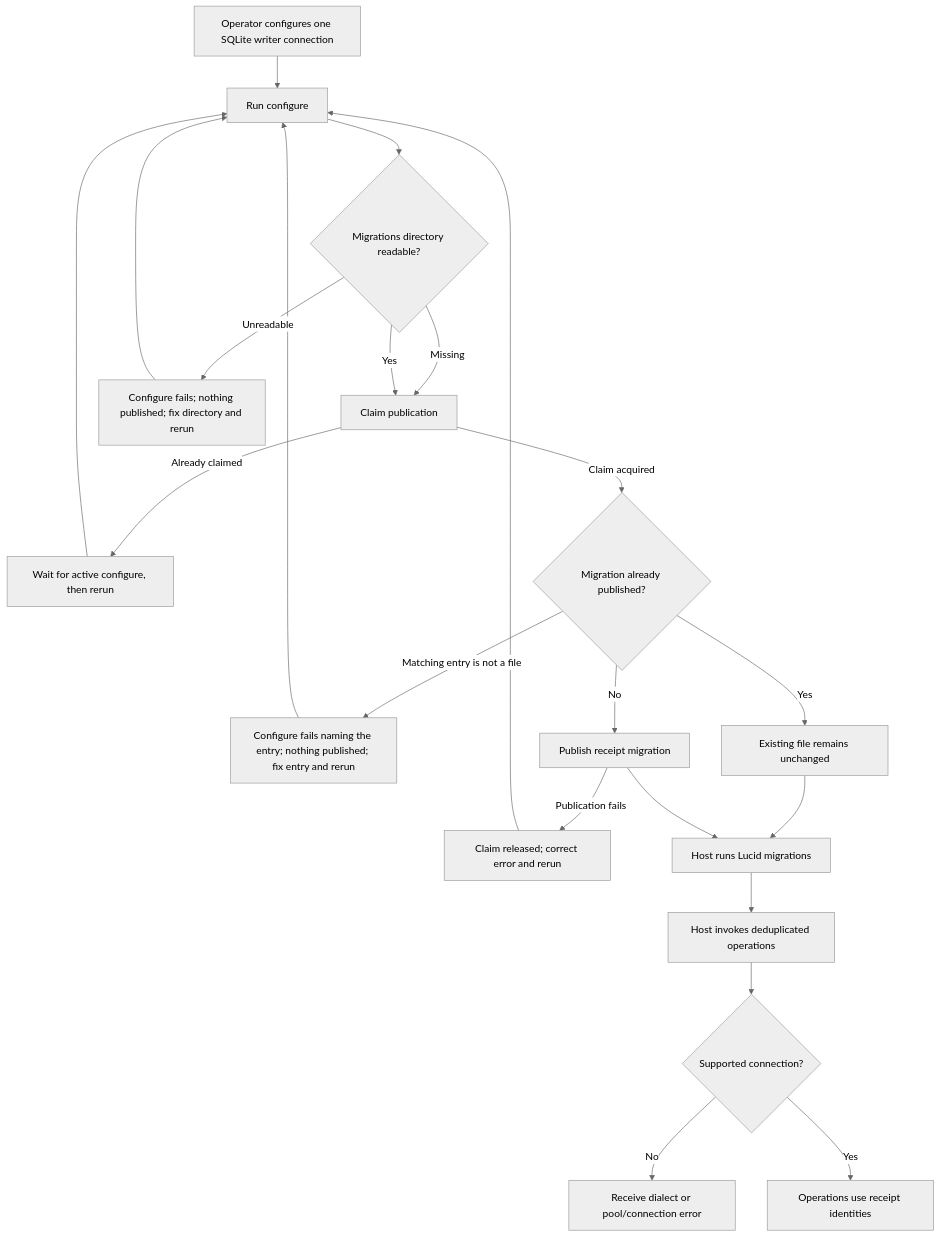
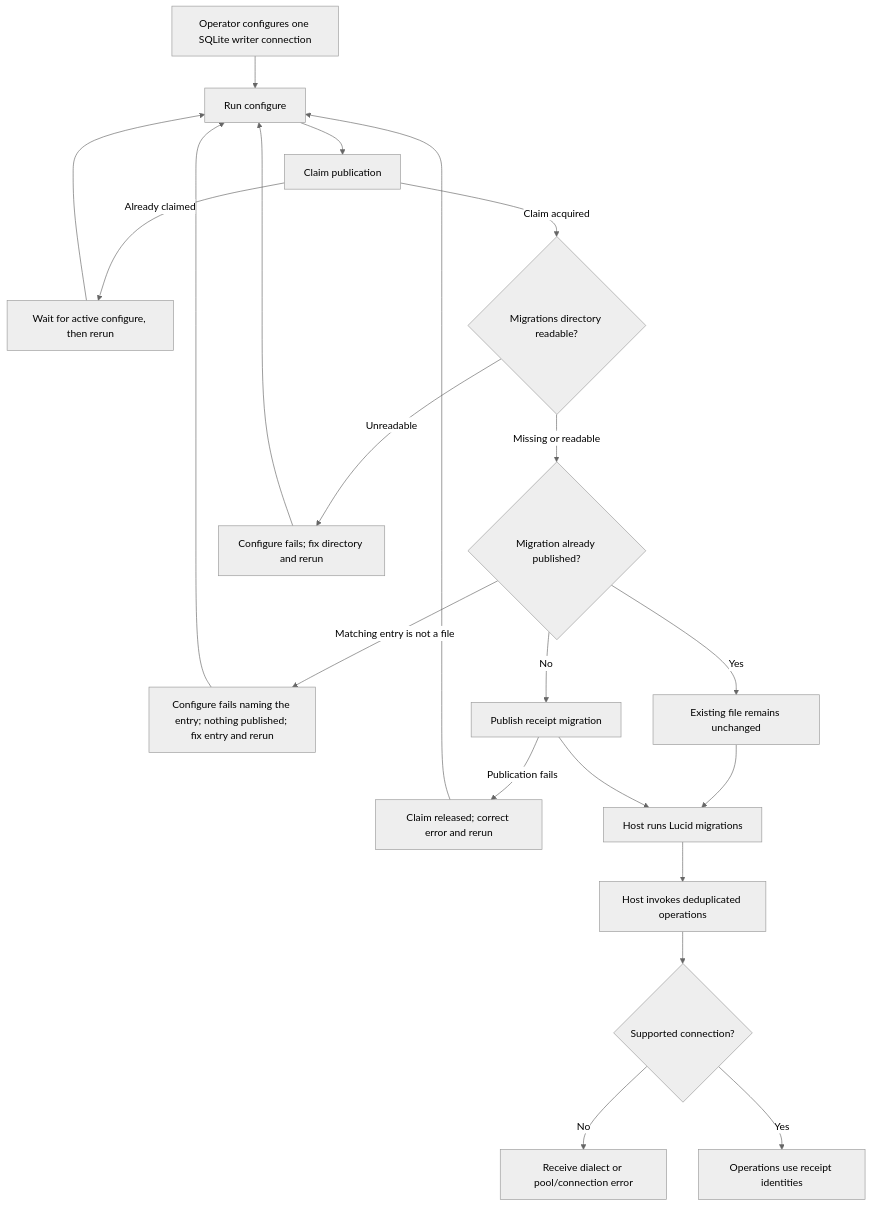
Before and after one commit to Kevinjohn/oss-adonisjs-duplicate-request-guard: the first of 2 diagrams in user-stories/US-GUARD-04-operate-receipts.md, drawn with Mermaid (neutral theme). The commit also changed 7 other files, not shown here.

````diff
--- a/user-stories/US-GUARD-04-operate-receipts.md
+++ b/user-stories/US-GUARD-04-operate-receipts.md
@@ -25,24 +25,23 @@
 ```mermaid
 flowchart TD
     A["Operator configures one SQLite writer connection"] --> B["Run configure"]
-    B --> R{"Migrations directory readable?"}
-    R -->|Missing| L["Claim publication"]
-    R -->|Unreadable| X["Configure fails; nothing published; fix directory and rerun"]
-    X --> B
-    R -->|Yes| L
+    B --> L["Claim publication"]
     L -->|Already claimed| Z["Wait for active configure, then rerun"]
     Z --> B
-    L -->|Claim acquired| C{"Migration already published?"}
+    L -->|Claim acquired| R{"Migrations directory readable?"}
+    R -->|Missing or readable| C{"Migration already published?"}
+    R -->|Unreadable| X["Configure fails; fix directory and rerun"]
+    X --> B
     C -->|Matching entry is not a file| Y["Configure fails naming the entry; nothing published; fix entry and rerun"]
     Y --> B
     C -->|Yes| D["Existing file remains unchanged"]
     C -->|No| E["Publish receipt migration"]
     E -->|Publication fails| P["Claim released; correct error and rerun"]
     P --> B
     D --> M["Host runs Lucid migrations"]
     E --> M
     M --> F["Host invokes deduplicated operations"]
     F --> G{"Supported connection?"}
     G -->|No| H["Receive dialect or pool/connection error"]
     G -->|Yes| I["Operations use receipt identities"]
 ```
````
